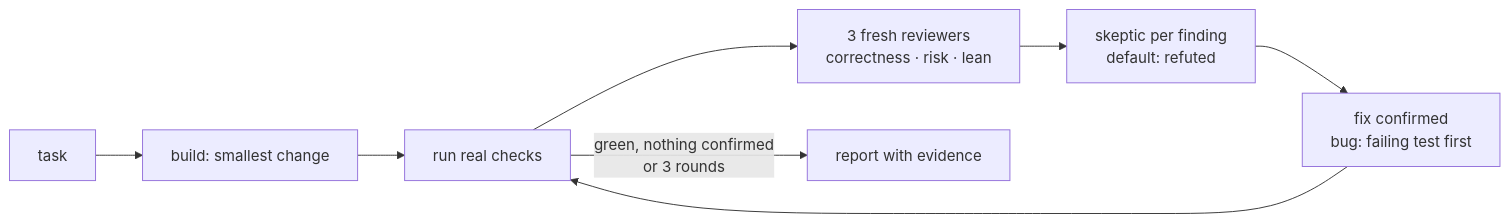
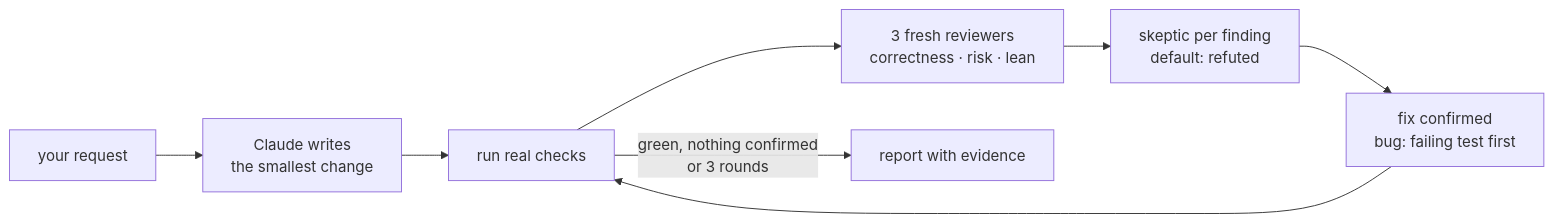
Before and after one commit to HighVoltSound/braid: the diagram in README.md, drawn with Mermaid. The commit also changed other lines of this file and 9 other files, not shown here.

````diff
--- a/README.md
+++ b/README.md
@@ -7,10 +7,10 @@
 ```mermaid
 flowchart LR
-  T[task] --> B[build: smallest change]
+  T[your request] --> B[Claude writes<br/>the smallest change]
   B --> C[run real checks]
   C --> R[3 fresh reviewers<br/>correctness · risk · lean]
   R --> S[skeptic per finding<br/>default: refuted]
   S --> F[fix confirmed<br/>bug: failing test first]
   F --> C
   C -->|green, nothing confirmed<br/>or 3 rounds| D[report with evidence]
 ```
````
